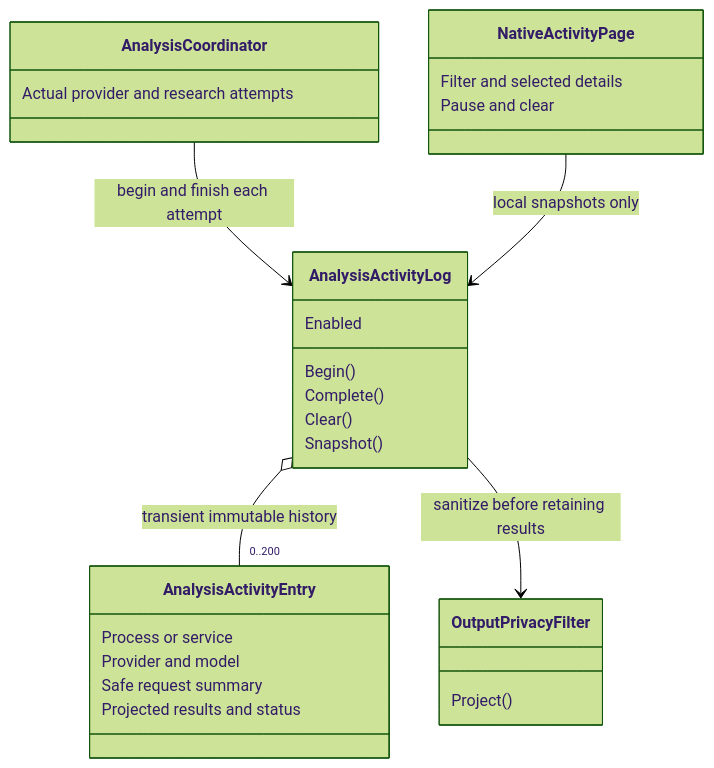
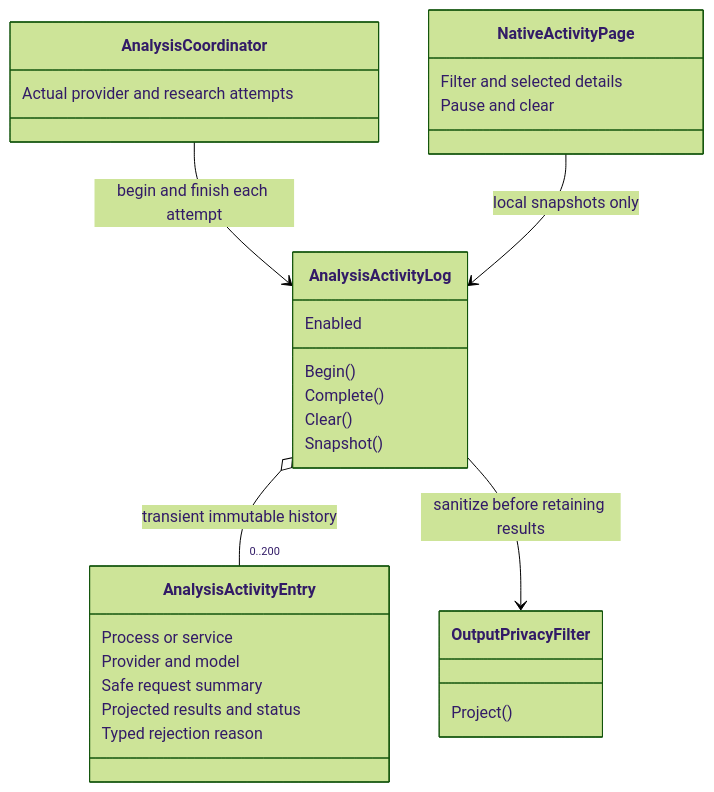
The eighth of 12 diagrams in ARCHITECTURE.md (kiforsbe/procsight), drawn with Mermaid (forest theme) before and after one commit. The commit also changed other lines of this file and 17 other files, not shown here.

````diff
--- a/ARCHITECTURE.md
+++ b/ARCHITECTURE.md
@@ -500,30 +505,31 @@
 ```mermaid
 classDiagram
     class AnalysisCoordinator {
         Actual provider and research attempts
     }
     class AnalysisActivityLog {
         Enabled
         Begin()
         Complete()
         Clear()
         Snapshot()
     }
     class AnalysisActivityEntry {
         Process or service
         Provider and model
         Safe request summary
         Projected results and status
+        Typed rejection reason
     }
     class OutputPrivacyFilter {
         Project()
     }
     class NativeActivityPage {
         Filter and selected details
         Pause and clear
     }
     AnalysisCoordinator --> AnalysisActivityLog : begin and finish each attempt
     AnalysisActivityLog o-- "0..200" AnalysisActivityEntry : transient immutable history
     AnalysisActivityLog --> OutputPrivacyFilter : sanitize before retaining results
     NativeActivityPage --> AnalysisActivityLog : local snapshots only
 ```
````
